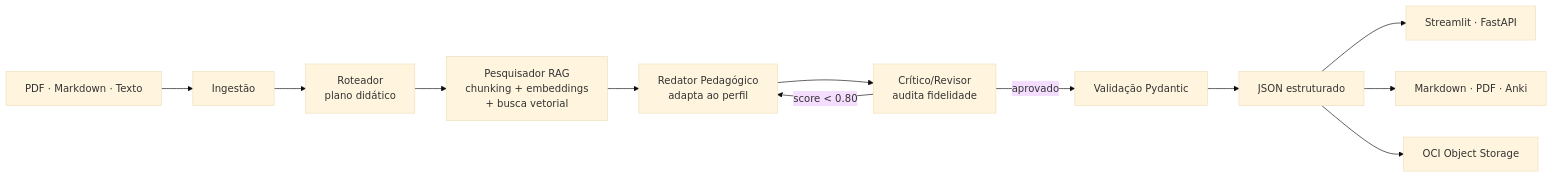
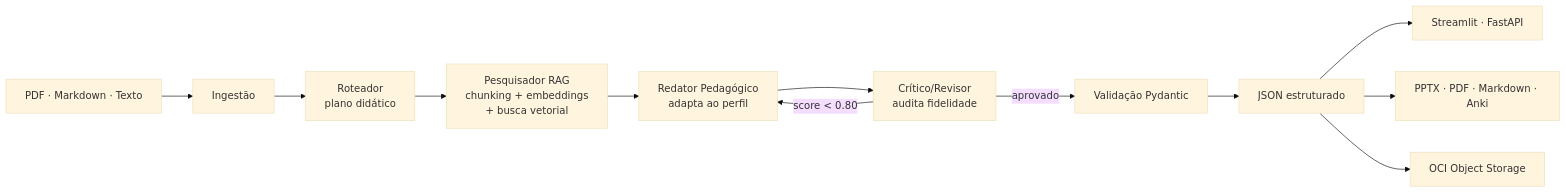
The diagram in README.md (INASIOCS/Nova_Mente), drawn with Mermaid (base theme) before and after one commit. The commit also changed other lines of this file and 13 other files, not shown here.

````diff
--- a/README.md
+++ b/README.md
@@ -53,14 +53,14 @@
 ```mermaid
 flowchart LR
     A["PDF · Markdown · Texto"] --> B["Ingestão"]
     B --> C["Roteador<br/>plano didático"]
     C --> D["Pesquisador RAG<br/>chunking + embeddings<br/>+ busca vetorial"]
     D --> E["Redator Pedagógico<br/>adapta ao perfil"]
     E --> F["Crítico/Revisor<br/>audita fidelidade"]
     F -->|"score < 0.80"| E
     F -->|aprovado| G["Validação Pydantic"]
     G --> H["JSON estruturado"]
     H --> I["Streamlit · FastAPI"]
-    H --> J["Markdown · PDF · Anki"]
+    H --> J["PPTX · PDF · Markdown · Anki"]
     H --> K["OCI Object Storage"]
 ```
````
